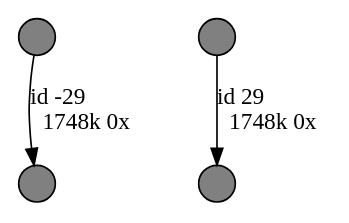
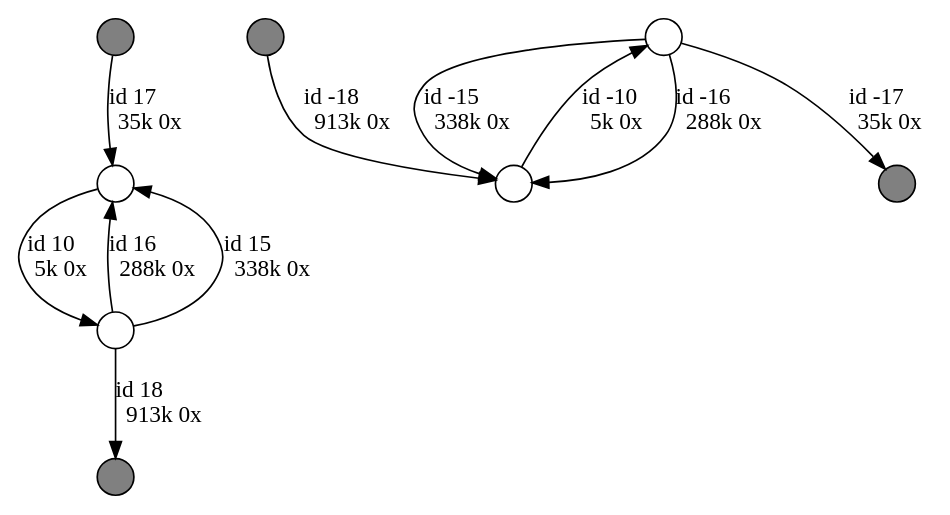
One commit to harisankarsadasivan/LORA changed the diagram in data/flye_output/hepaticus_out/20-repeat/graph_raw.gv. Above: the diagram before and after it, drawn with Graphviz. The commit also changed 8 other files, not shown here.

```diff
--- a/data/flye_output/hepaticus_out/20-repeat/graph_raw.gv
+++ b/data/flye_output/hepaticus_out/20-repeat/graph_raw.gv
@@ -1,10 +1,18 @@
 digraph {
 nodesep = 0.5;
 node [shape = circle, label = "", height = 0.3];
 "0" [style = "filled", fillcolor = "grey"];
 "1" [style = "filled", fillcolor = "grey"];
 "2" [style = "filled", fillcolor = "grey"];
 "3" [style = "filled", fillcolor = "grey"];
-"0" -> "3" [label = "id -29\l1748k 0x", color = "black"] ;
-"2" -> "1" [label = "id 29\l1748k 0x", color = "black"] ;
+"3" -> "4" [label = "id -18\l913k 0x", color = "black"] ;
+"5" -> "1" [label = "id -17\l35k 0x", color = "black"] ;
+"7" -> "6" [label = "id 16\l288k 0x", color = "black"] ;
+"7" -> "6" [label = "id 15\l338k 0x", color = "black"] ;
+"0" -> "6" [label = "id 17\l35k 0x", color = "black"] ;
+"5" -> "4" [label = "id -16\l288k 0x", color = "black"] ;
+"7" -> "2" [label = "id 18\l913k 0x", color = "black"] ;
+"5" -> "4" [label = "id -15\l338k 0x", color = "black"] ;
+"6" -> "7" [label = "id 10\l5k 0x", color = "black"] ;
+"4" -> "5" [label = "id -10\l5k 0x", color = "black"] ;
 }
```
